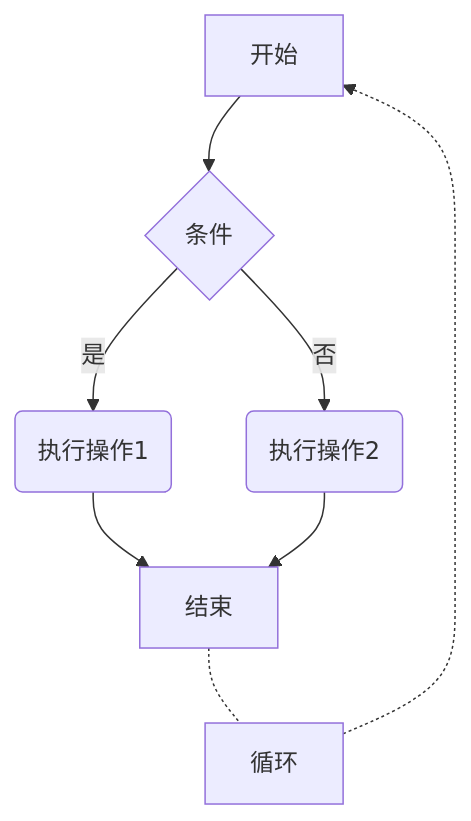
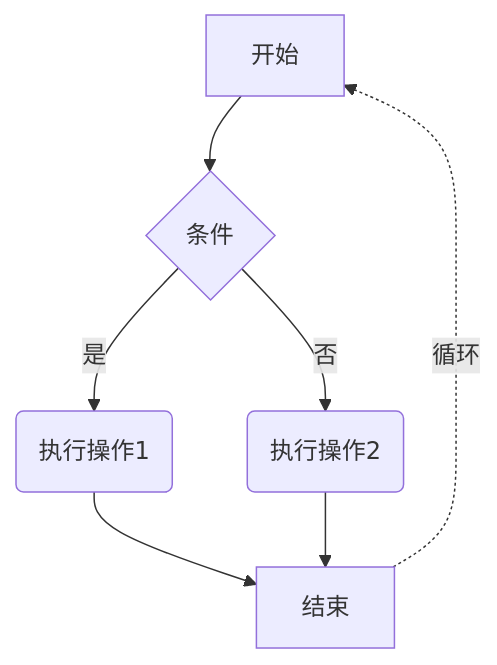
One commit to aa1555/Repository changed the second of 8 diagrams in Python/10.Mermaid语法(生成图表).md. Above: the diagram before and after it, drawn with Mermaid.

Commit message:
更新 10.Mermaid语法(生成图表).md

````diff
--- a/Python/10.Mermaid语法(生成图表).md
+++ b/Python/10.Mermaid语法(生成图表).md
@@ -46,9 +46,9 @@
 ```mermaid
 graph TD
     A[开始] --> B{条件}
     B --是--> C(执行操作1)
     B --否--> D(执行操作2)
     C --> E[结束]
     D --> E
-    E -.-循环-.-> A
+    E -.->|循环| A
 ```
````
